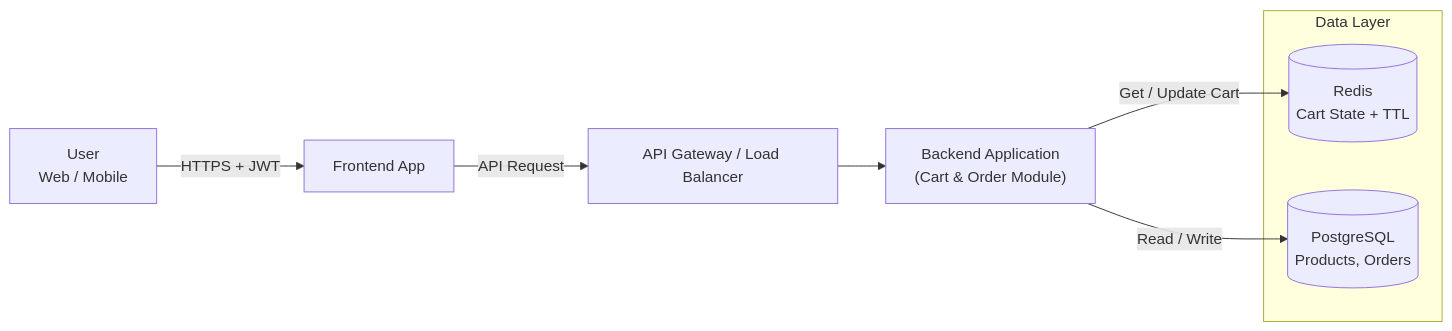
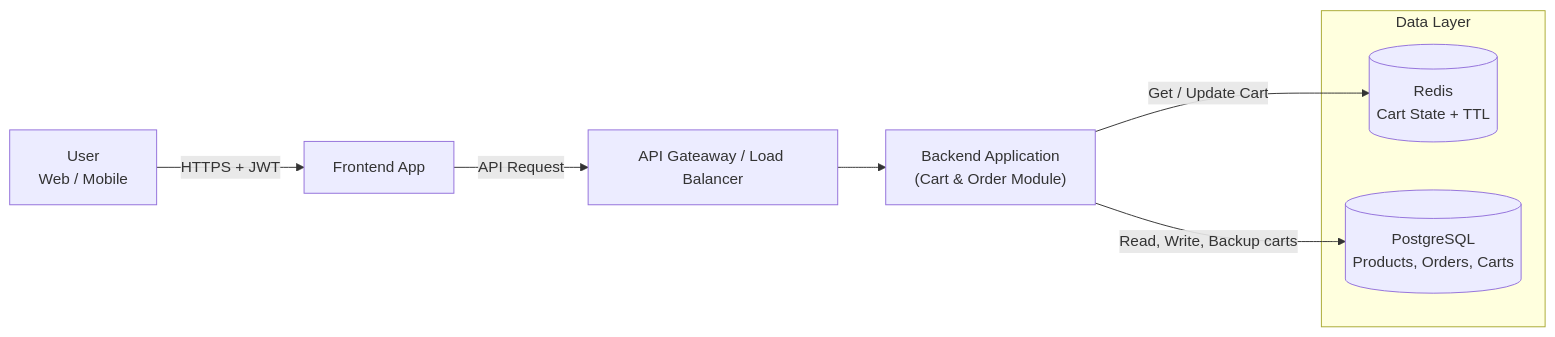
One commit to ItsnaMaulanaHasan/system-design-carts-system changed the first of 8 diagrams in README.md. Above: the diagram before and after it, drawn with Mermaid.

Commit message:
feat: update architecture diagram

````diff
--- a/README.md
+++ b/README.md
@@ -53,18 +53,19 @@
 ```mermaid
 flowchart LR
-    U[User<br/>Web / Mobile] -->|HTTPS + JWT| FE[Frontend App]
+    User@{ shape: rect, label: User<br/>Web / Mobile }
+    FE@{ shape: rect, label: Frontend App }
+    LB@{ shape: rect, label: API Gateaway / Load Balancer }
+    BE@{ shape: rect, label: "Backend Application<br/>(Cart & Order Module)" }
 
-    FE -->|API Request| LB[API Gateway / Load Balancer]
+    R@{ shape: cyl, label: Redis<br/>Cart State + TTL }
+    DB@{ shape: cyl, label: "PostgreSQL<br/>Products, Orders, Carts" }
 
-    LB --> BE["Backend Application<br/>(Cart & Order Module)"]
-
-    BE -->|Get / Update Cart| R[(Redis<br/>Cart State + TTL)]
-
-    BE -->|Read / Write| DB[(PostgreSQL<br/>Products, Orders)]
+    User -- HTTPS + JWT --> FE -- API Request --> LB --> BE -- Get / Update Cart --> R
+    BE -- Read, Write, Backup carts --> DB
 
     subgraph Data Layer
         R
         DB
     end
 
 ```
````
